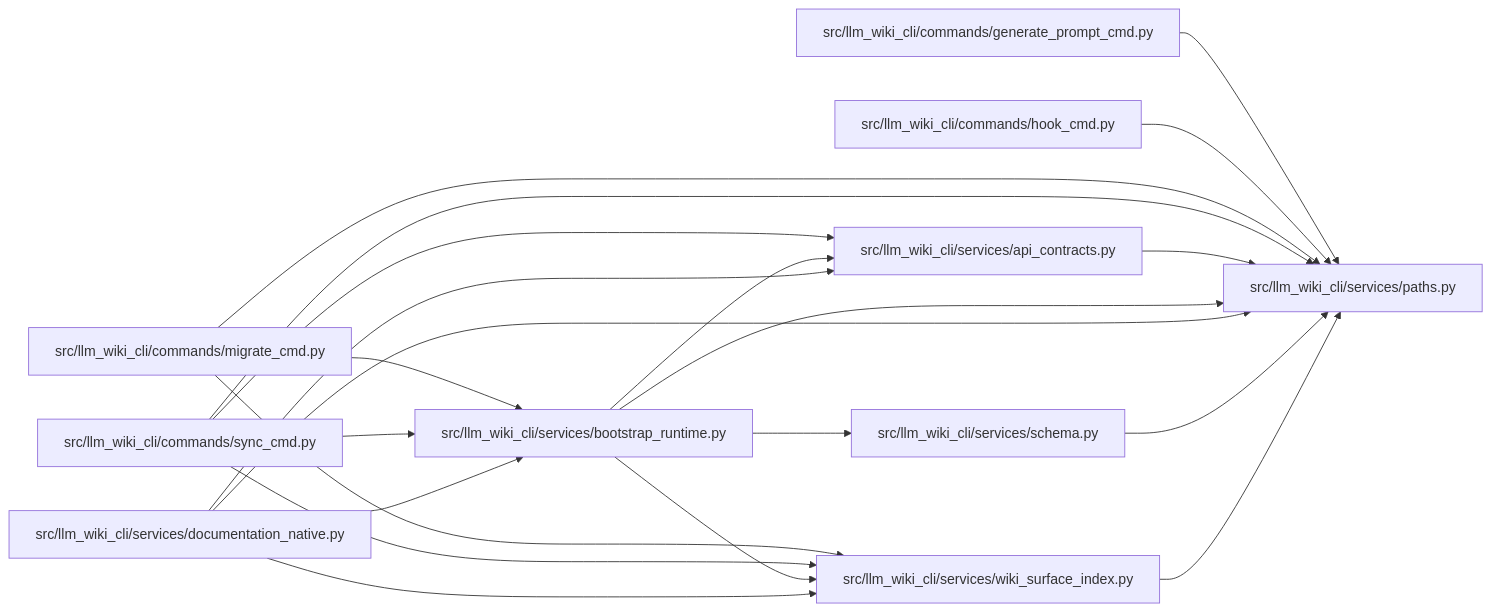
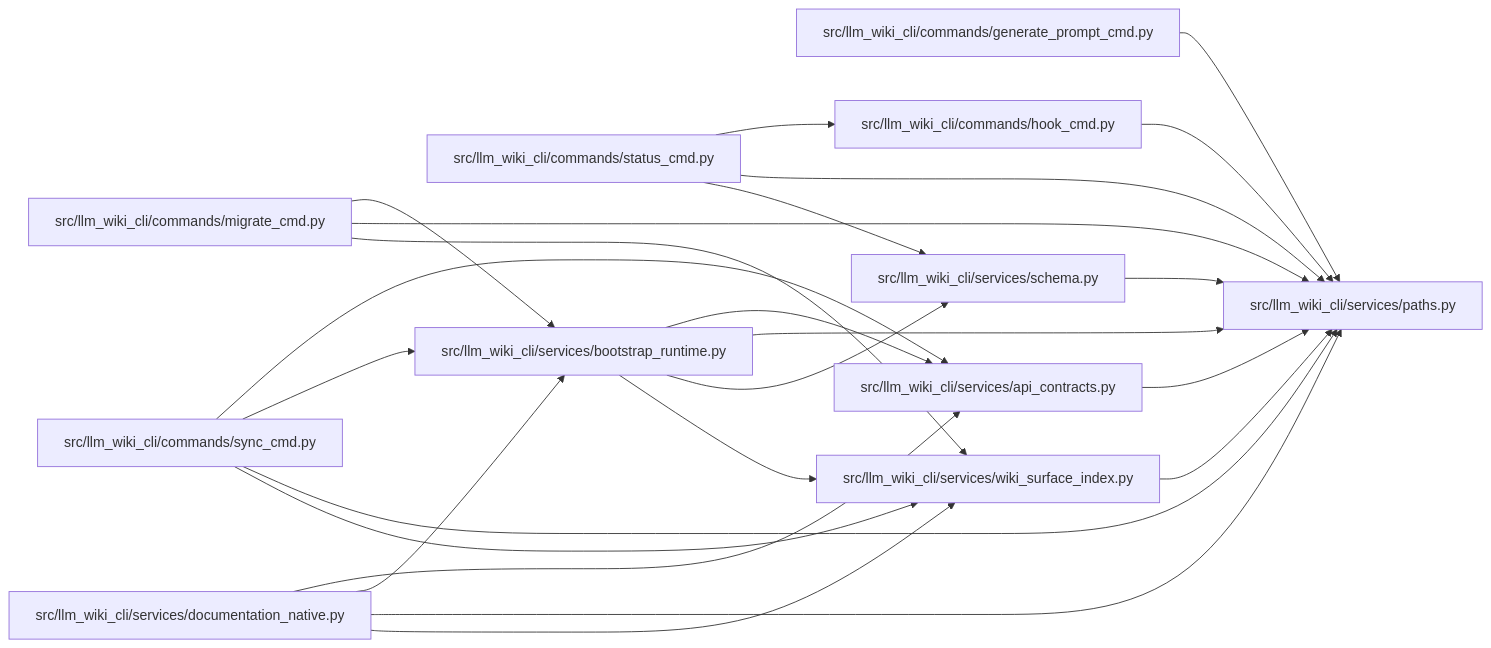
One commit to Denissvgn/python-wiki-llm changed the diagram in docs/llm_wiki/modules/paths.md. Above: the diagram before and after it, drawn with Mermaid. The commit also changed other lines of this file and 364 other files, not shown here.

````diff
--- a/docs/llm_wiki/modules/paths.md
+++ b/docs/llm_wiki/modules/paths.md
@@ -20,43 +20,48 @@
 ```mermaid
 flowchart LR
     n0["src/llm_wiki_cli/commands/generate_prompt_cmd.py"]
     n1["src/llm_wiki_cli/commands/hook_cmd.py"]
     n2["src/llm_wiki_cli/commands/migrate_cmd.py"]
-    n3["src/llm_wiki_cli/commands/sync_cmd.py"]
-    n4["src/llm_wiki_cli/services/api_contracts.py"]
-    n5["src/llm_wiki_cli/services/bootstrap_runtime.py"]
-    n6["src/llm_wiki_cli/services/documentation_native.py"]
-    n7["src/llm_wiki_cli/services/paths.py"]
-    n8["src/llm_wiki_cli/services/schema.py"]
-    n9["src/llm_wiki_cli/services/wiki_surface_index.py"]
-    n0 --> n7
-    n1 --> n7
-    n2 --> n5
-    n2 --> n7
-    n2 --> n9
-    n3 --> n4
-    n3 --> n5
-    n3 --> n7
+    n3["src/llm_wiki_cli/commands/status_cmd.py"]
+    n4["src/llm_wiki_cli/commands/sync_cmd.py"]
+    n5["src/llm_wiki_cli/services/api_contracts.py"]
+    n6["src/llm_wiki_cli/services/bootstrap_runtime.py"]
+    n7["src/llm_wiki_cli/services/documentation_native.py"]
+    n8["src/llm_wiki_cli/services/paths.py"]
+    n9["src/llm_wiki_cli/services/schema.py"]
+    n10["src/llm_wiki_cli/services/wiki_surface_index.py"]
+    n0 --> n8
+    n1 --> n8
+    n2 --> n6
+    n2 --> n8
+    n2 --> n10
+    n3 --> n1
+    n3 --> n8
     n3 --> n9
-    n4 --> n7
-    n5 --> n4
-    n5 --> n7
+    n4 --> n5
+    n4 --> n6
+    n4 --> n8
+    n4 --> n10
     n5 --> n8
-    n5 --> n9
-    n6 --> n4
     n6 --> n5
-    n6 --> n7
+    n6 --> n8
     n6 --> n9
-    n8 --> n7
-    n9 --> n7
+    n6 --> n10
+    n7 --> n5
+    n7 --> n6
+    n7 --> n8
+    n7 --> n10
+    n9 --> n8
+    n10 --> n8
     click n0 "../modules/generate_prompt_cmd.md"
     click n1 "../modules/hook_cmd.md"
     click n2 "../modules/migrate_cmd.md"
-    click n3 "../modules/sync_cmd.md"
-    click n4 "../modules/api_contracts.md"
-    click n5 "../modules/bootstrap_runtime.md"
-    click n6 "../modules/documentation_native.md"
-    click n7 "../modules/paths.md"
-    click n8 "../modules/services_schema.md"
-    click n9 "../modules/wiki_surface_index.md"
+    click n3 "../modules/status_cmd.md"
+    click n4 "../modules/sync_cmd.md"
+    click n5 "../modules/api_contracts.md"
+    click n6 "../modules/bootstrap_runtime.md"
+    click n7 "../modules/documentation_native.md"
+    click n8 "../modules/paths.md"
+    click n9 "../modules/services_schema.md"
+    click n10 "../modules/wiki_surface_index.md"
 ```
````
